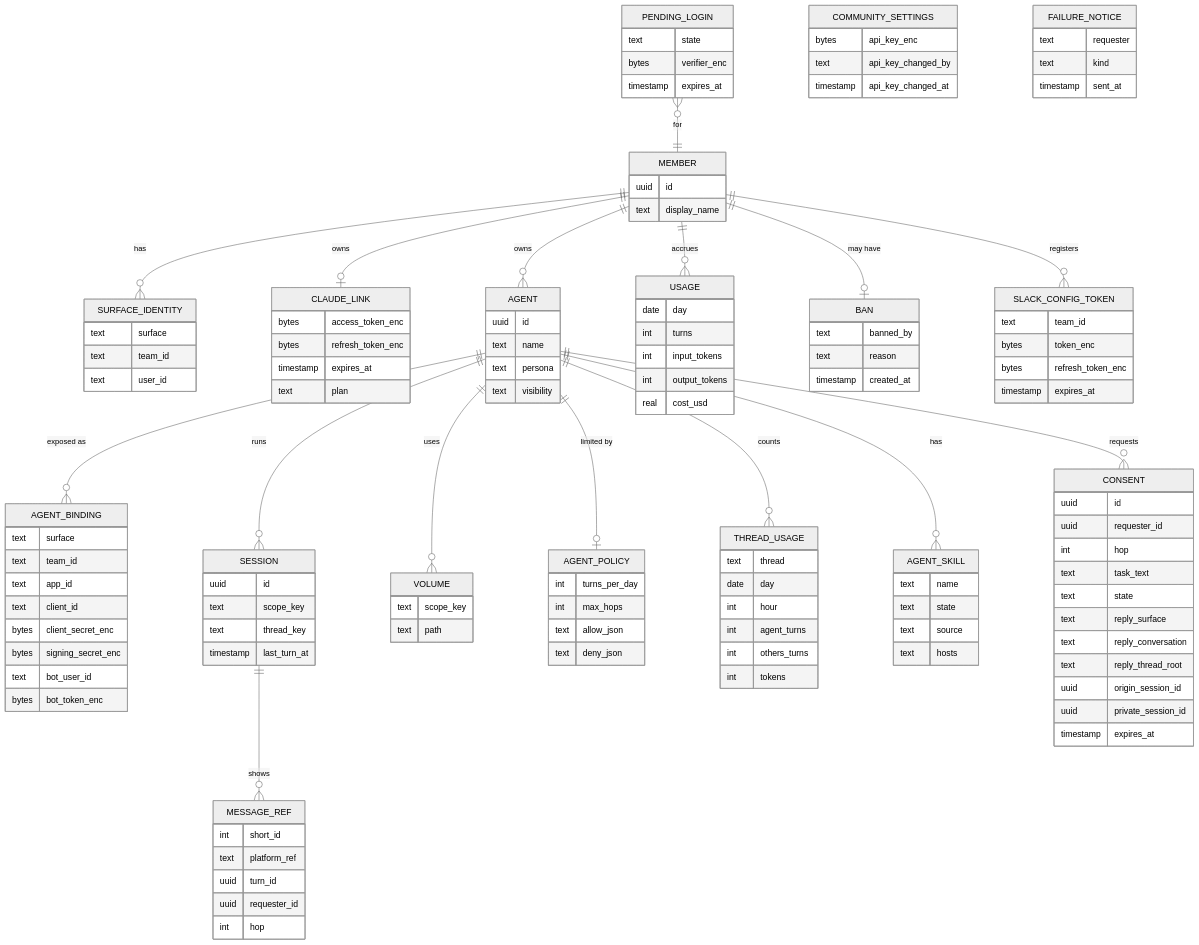
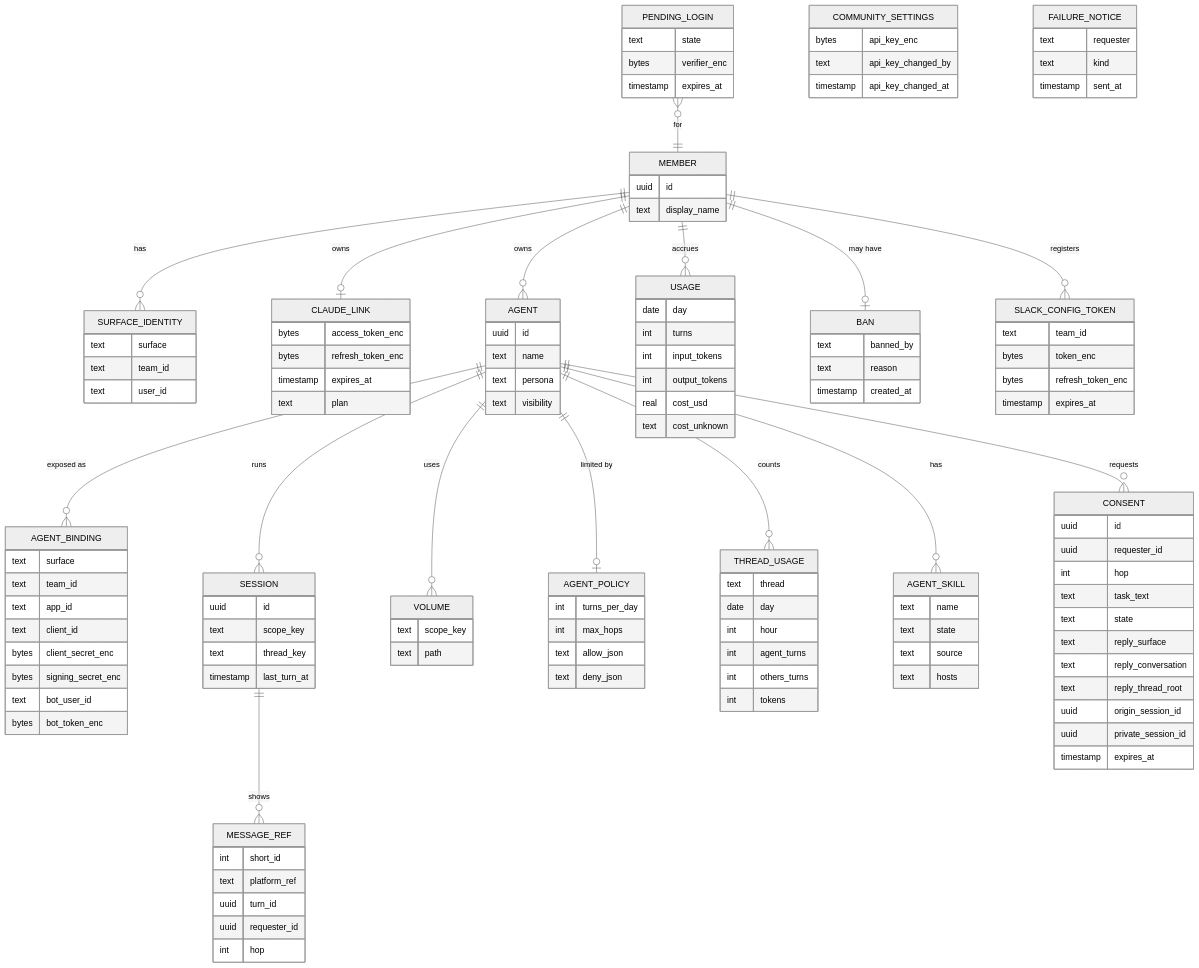
One commit to agentsky/agent-core changed the seventh of 7 diagrams in docs/design.md. Above: the diagram before and after it, drawn with Mermaid (neutral theme). The commit also changed 8 other files, not shown here.

First line of the commit message:
Keep a turn's cost and its unknown reason in one field

```diff
--- a/docs/design.md
+++ b/docs/design.md
@@ -780,6 +780,7 @@
         int input_tokens
         int output_tokens
         real cost_usd
+        text cost_unknown
     }
     AGENT_POLICY {
         int turns_per_day
```
